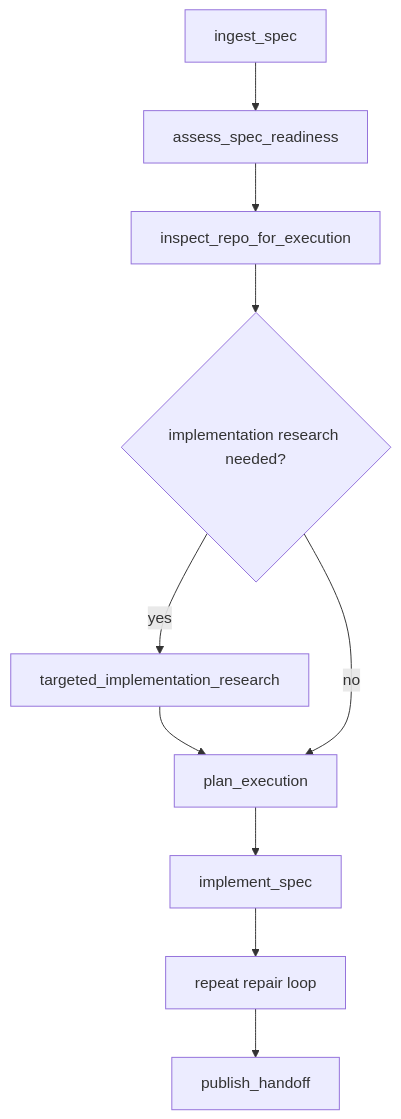
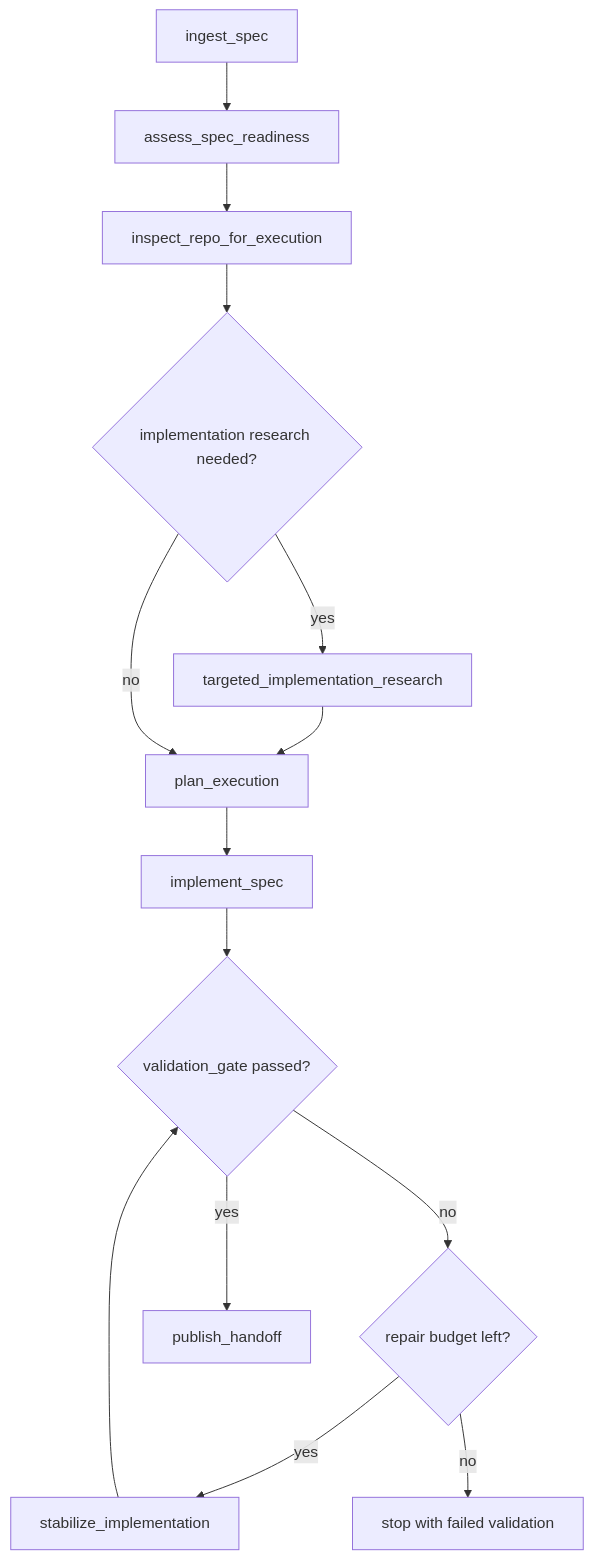
Before and after one commit to koji98/agentflow: the diagram in docs/EXECUTE_SPEC_WORKFLOW.md, drawn with Mermaid. The commit also changed 14 other files, not shown here.

````diff
--- a/docs/EXECUTE_SPEC_WORKFLOW.md
+++ b/docs/EXECUTE_SPEC_WORKFLOW.md
@@ -30,17 +30,24 @@
 ```mermaid
 flowchart TD
     ingest["ingest_spec"]
     readiness["assess_spec_readiness"]
     inspect["inspect_repo_for_execution"]
     research{"implementation research needed?"}
     implResearch["targeted_implementation_research"]
     plan["plan_execution"]
     implement["implement_spec"]
-    repair["repeat repair loop"]
+    validate{"validation_gate passed?"}
+    repairBudget{"repair budget left?"}
+    repair["stabilize_implementation"]
     publish["publish_handoff"]
+    fail["stop with failed validation"]
 
     ingest --> readiness --> inspect --> research
     research -->|yes| implResearch --> plan
     research -->|no| plan
-    plan --> implement --> repair --> publish
+    plan --> implement --> validate
+    validate -->|yes| publish
+    validate -->|no| repairBudget
+    repairBudget -->|yes| repair --> validate
+    repairBudget -->|no| fail
 ```
````
